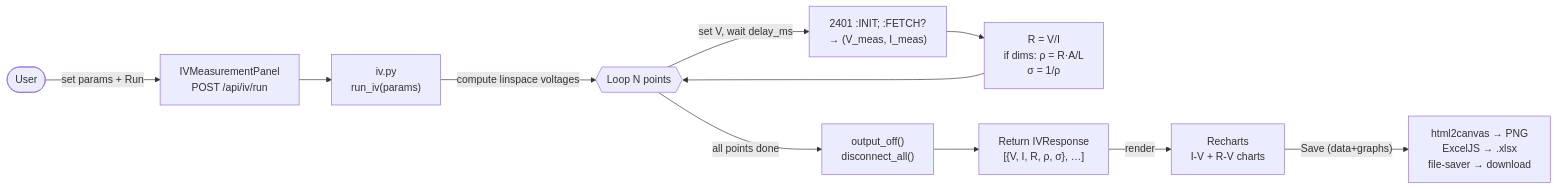
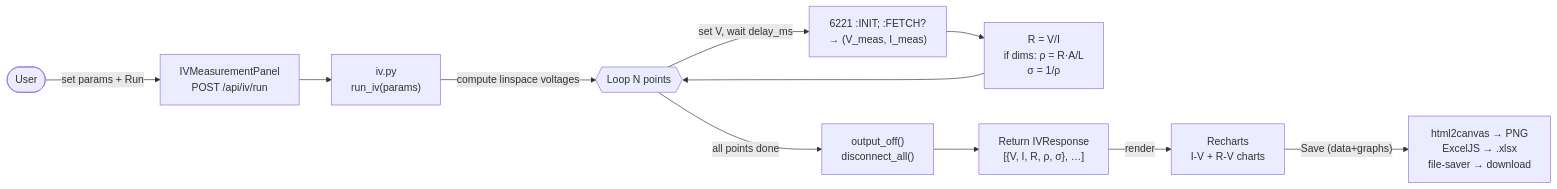
Before and after one commit to srinikhil25/V1_TE_measurements: the tenth of 11 diagrams in docs/ARCHITECTURE.md, drawn with Mermaid. The commit also changed other lines of this file and 22 other files, not shown here.

````diff
--- a/docs/ARCHITECTURE.md
+++ b/docs/ARCHITECTURE.md
@@ -546,15 +546,15 @@
 ```mermaid
 flowchart LR
     USER(["User"]) -->|"set params + Run"| FE_IV["IVMeasurementPanel\nPOST /api/iv/run"]
     FE_IV --> IV_ROUTER["iv.py\nrun_iv(params)"]
     IV_ROUTER -->|"compute linspace voltages"| SWEEP_LOOP{{"Loop N points"}}
 
-    SWEEP_LOOP -->|"set V, wait delay_ms"| MEAS["2401 :INIT; :FETCH?\n→ (V_meas, I_meas)"]
+    SWEEP_LOOP -->|"set V, wait delay_ms"| MEAS["6221 :INIT; :FETCH?\n→ (V_meas, I_meas)"]
     MEAS --> CALC["R = V/I\nif dims: ρ = R·A/L\nσ = 1/ρ"]
     CALC --> SWEEP_LOOP
 
     SWEEP_LOOP -->|"all points done"| OUTPUT_OFF2["output_off()\ndisconnect_all()"]
     OUTPUT_OFF2 --> FE_RESULT["Return IVResponse\n[{V, I, R, ρ, σ}, …]"]
     FE_RESULT -->|"render"| CHARTS["Recharts\nI-V + R-V charts"]
     CHARTS -->|"Save (data+graphs)"| EXPORT["html2canvas → PNG\nExcelJS → .xlsx\nfile-saver → download"]
 ```
````
